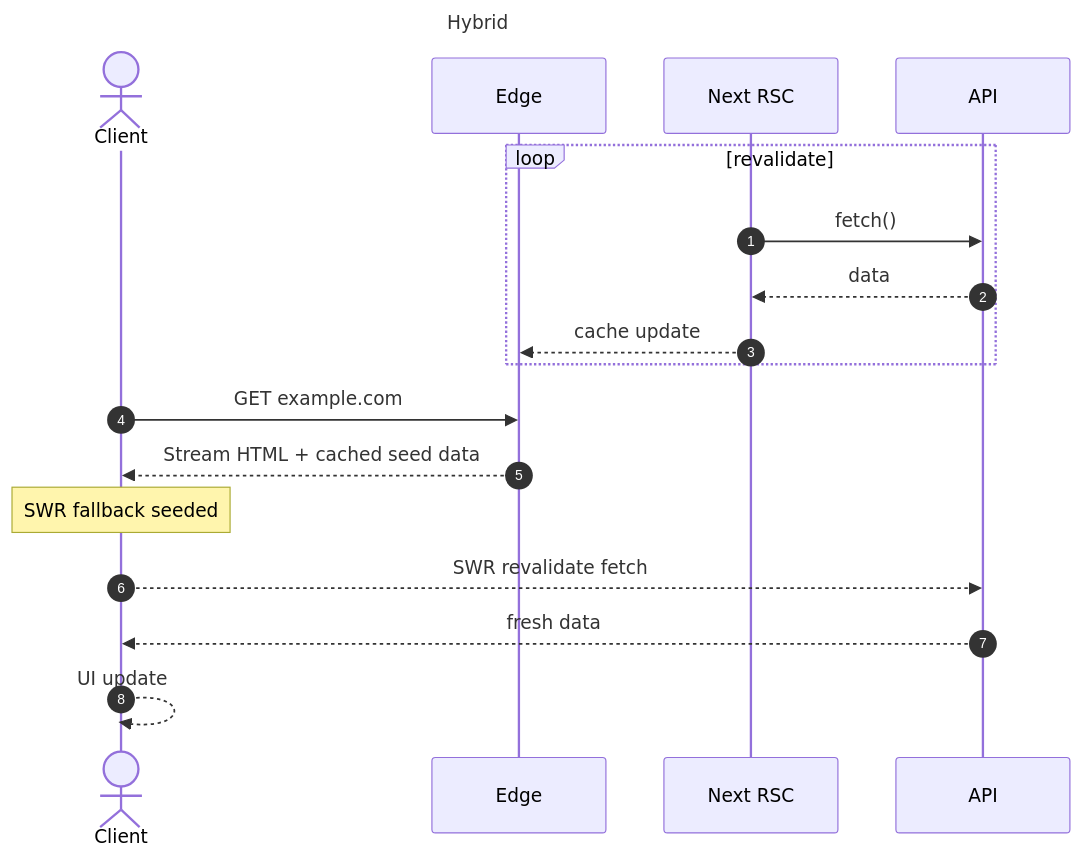
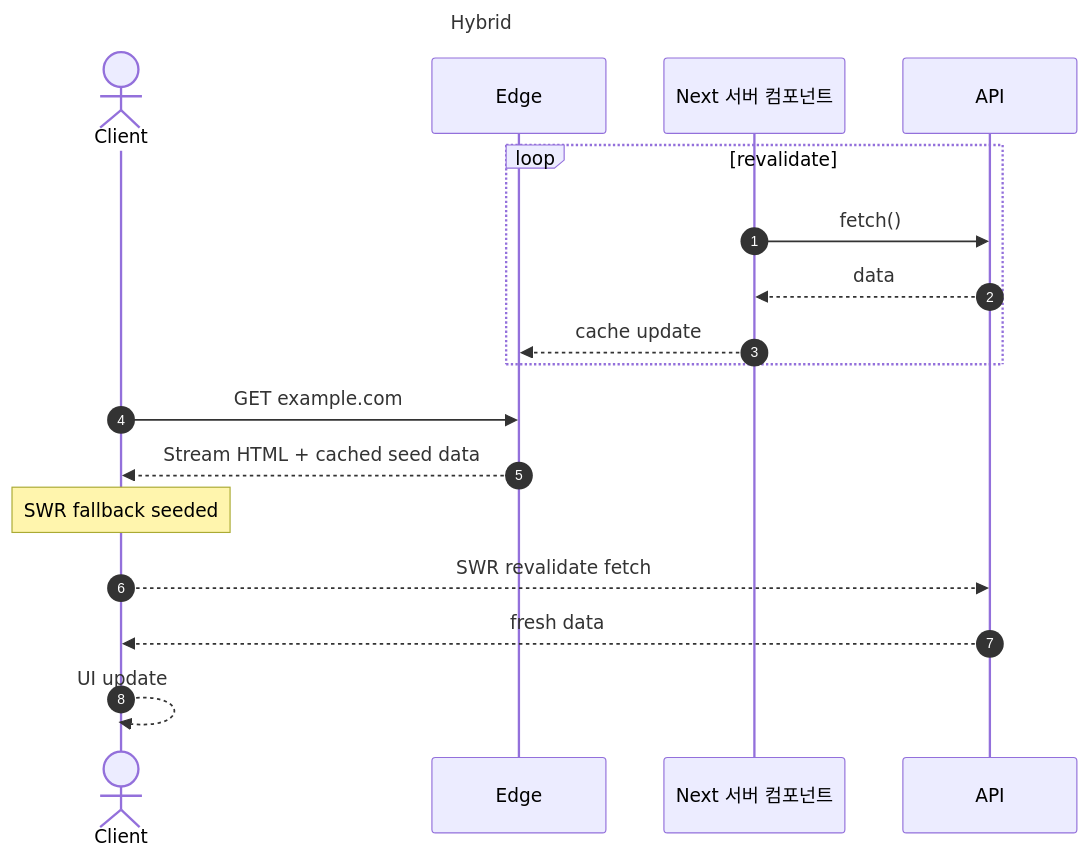
Before and after one commit to anaclumos/extracranial: the third of 3 diagrams in posts/2025-05-20-incl-rebuild/ko.md, drawn with Mermaid. The commit also changed other lines of this file and 6 other files, not shown here.

````diff
--- a/posts/2025-05-20-incl-rebuild/ko.md
+++ b/posts/2025-05-20-incl-rebuild/ko.md
@@ -126,26 +126,26 @@
 ```mermaid
 sequenceDiagram
     title Hybrid
     autonumber
     actor Client
     participant Edge
-    participant Server as Next RSC
+    participant Server as Next 서버 컴포넌트
     participant API
 
-    %% periodic / background revalidate
+    %% revalidate
     loop revalidate
         Server->>API: fetch()
         API-->>Server: data
         Server-->>Edge: cache update
     end
 
     %% request-time flow
     Client->>Edge: GET example.com
     Edge-->>Client: Stream HTML + cached seed data
     Note over Client: SWR fallback seeded
 
     %% client-side live update
     Client-->>API: SWR revalidate fetch
     API-->>Client: fresh data
     Client-->>Client: UI update
 ```
````
